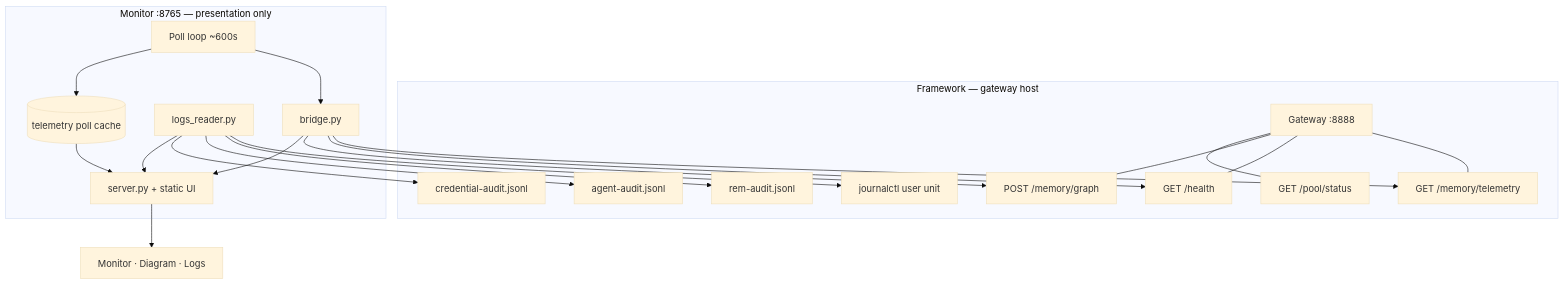
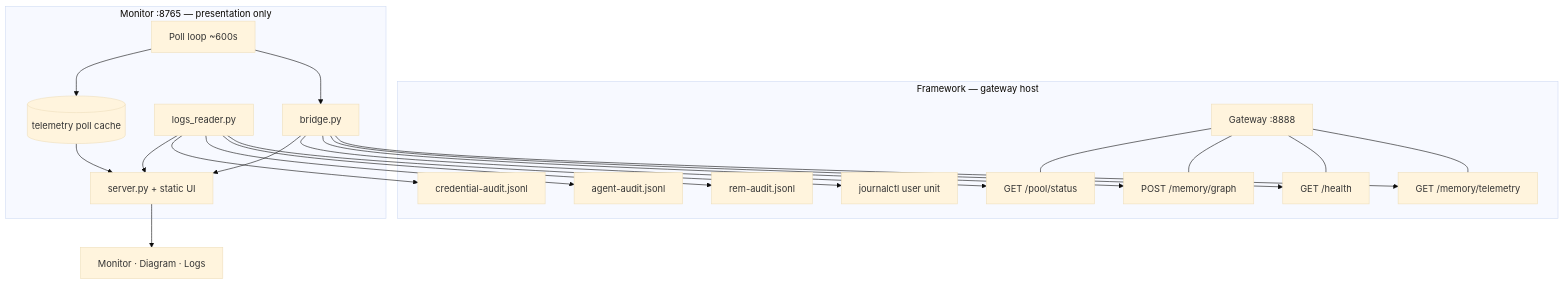
One commit to KanenasInGreece/Shared_Memory_Monitor changed the diagram in README.md. Above: the diagram before and after it, drawn with Mermaid (base theme). The commit also changed other lines of this file and 9 other files, not shown here.

````diff
--- a/README.md
+++ b/README.md
@@ -226,32 +225,32 @@
 ```mermaid
 flowchart TB
   subgraph fw [Framework — gateway host]
     GW[Gateway :8888]
     TEL["GET /memory/telemetry"]
     HLTH["GET /health"]
     GRP["POST /memory/graph"]
     POOL["GET /pool/status"]
     JRN[journalctl user unit]
     REMF[rem-audit.jsonl]
     AGF[agent-audit.jsonl]
     CRED[credential-audit.jsonl]
     GW --- TEL & HLTH & GRP & POOL
   end
 
   subgraph mon [Monitor :8765 — presentation only]
     BR[bridge.py]
     LR[logs_reader.py]
     LOOP[Poll loop ~600s]
     DB[(telemetry poll cache)]
     SRV[server.py + static UI]
-    BR --> TEL & HLTH & GRP
+    BR --> TEL & HLTH & GRP & POOL
     LR --> JRN & REMF & AGF & CRED
     LOOP --> BR
     LOOP --> DB
     DB --> SRV
     BR --> SRV
     LR --> SRV
   end
 
   SRV --> UI[Monitor · Diagram · Logs]
 ```
````
